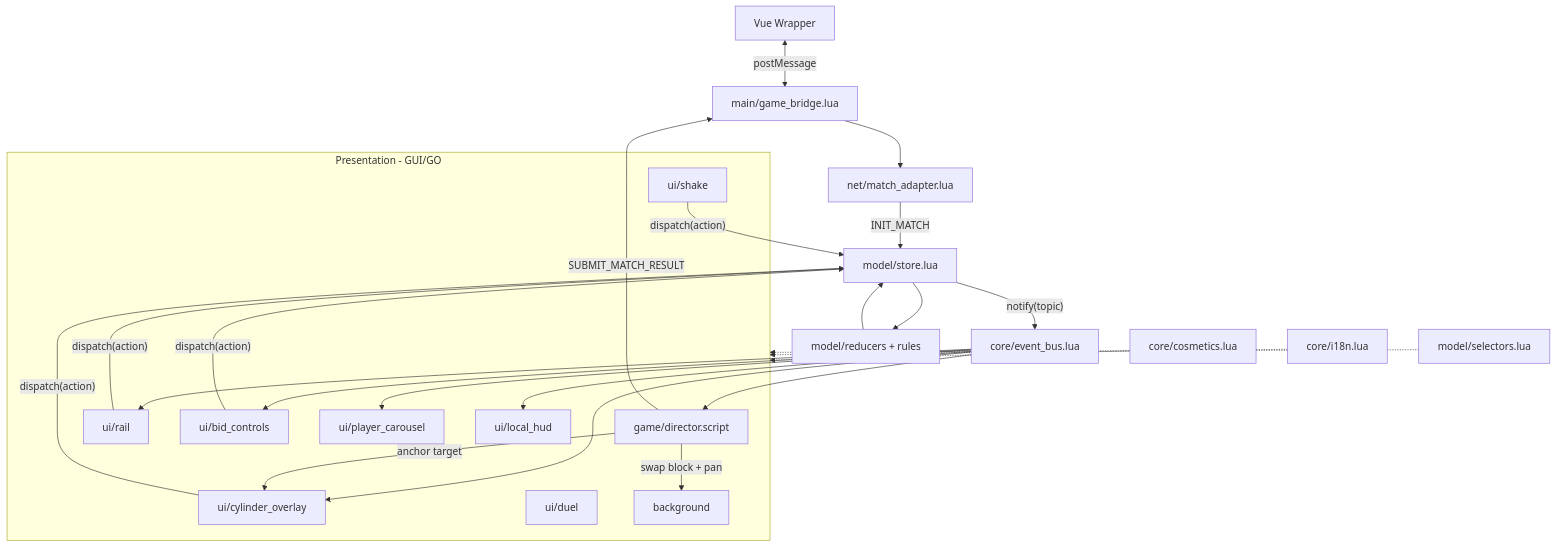
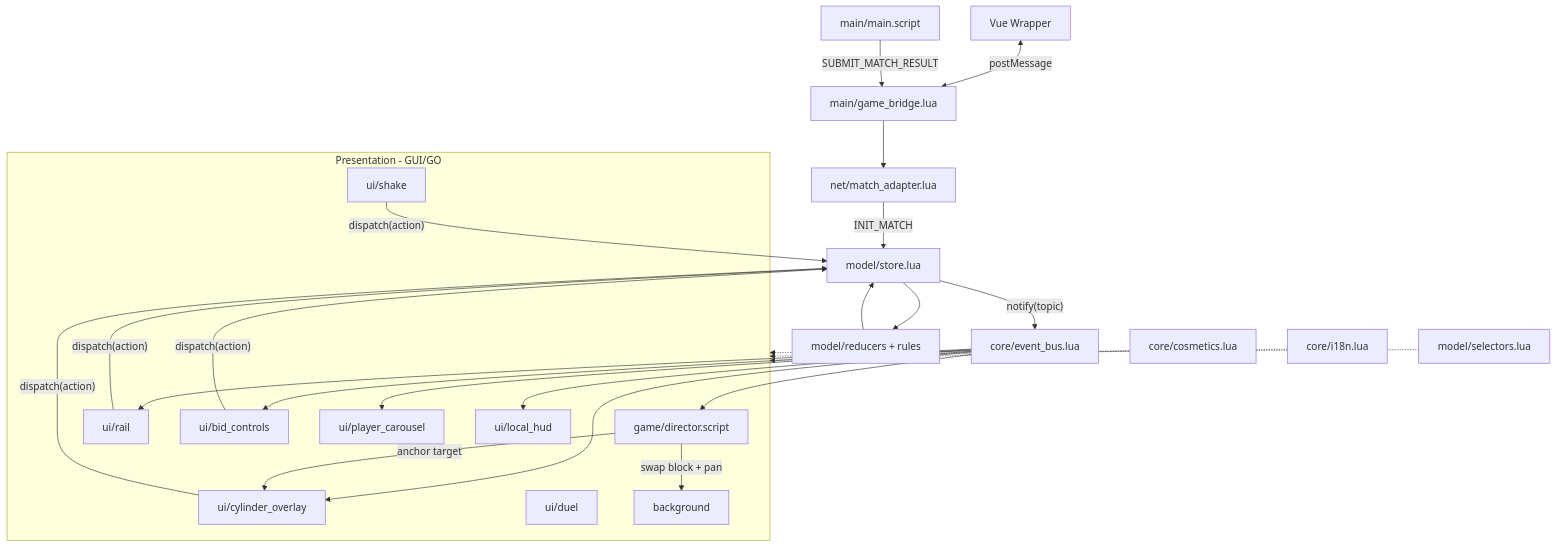
Before and after one commit to deliciouscat/CylinderDicer: the diagram in play/ARCHITECTURE.pre.md, drawn with Mermaid. The commit also changed other lines of this file and 43 other files, not shown here.

````diff
--- a/play/ARCHITECTURE.pre.md
+++ b/play/ARCHITECTURE.pre.md
@@ -18,40 +18,40 @@
 ```mermaid
 flowchart TD
     Vue["Vue Wrapper"] <-->|"postMessage"| Bridge["main/game_bridge.lua"]
     Bridge --> MatchAdapter["net/match_adapter.lua"]
     MatchAdapter -->|"INIT_MATCH"| Store["model/store.lua"]
 
     subgraph view [Presentation - GUI/GO]
         Director["game/director.script"]
         Rail["ui/rail"]
         BidControls["ui/bid_controls"]
         Carousel["ui/player_carousel"]
         Hud["ui/local_hud"]
         Cylinder["ui/cylinder_overlay"]
         Duel["ui/duel"]
         Shake["ui/shake"]
         Bg["background"]
     end
 
     Rail -->|"dispatch(action)"| Store
     BidControls -->|"dispatch(action)"| Store
     Cylinder -->|"dispatch(action)"| Store
     Shake -->|"dispatch(action)"| Store
 
     Store --> Reducers["model/reducers + rules"]
     Reducers --> Store
     Store -->|"notify(topic)"| Bus["core/event_bus.lua"]
     Bus --> Director
     Bus --> Rail
     Bus --> BidControls
     Bus --> Carousel
     Bus --> Hud
     Bus --> Cylinder
 
     Director -->|"swap block + pan"| Bg
     Director -->|"anchor target"| Cylinder
-    Director -->|"SUBMIT_MATCH_RESULT"| Bridge
+    Main["main/main.script"] -->|"SUBMIT_MATCH_RESULT"| Bridge
     Selectors["model/selectors.lua"] -.-> view
     I18n["core/i18n.lua"] -.-> view
     Cosmetics["core/cosmetics.lua"] -.-> view
 ```
````
